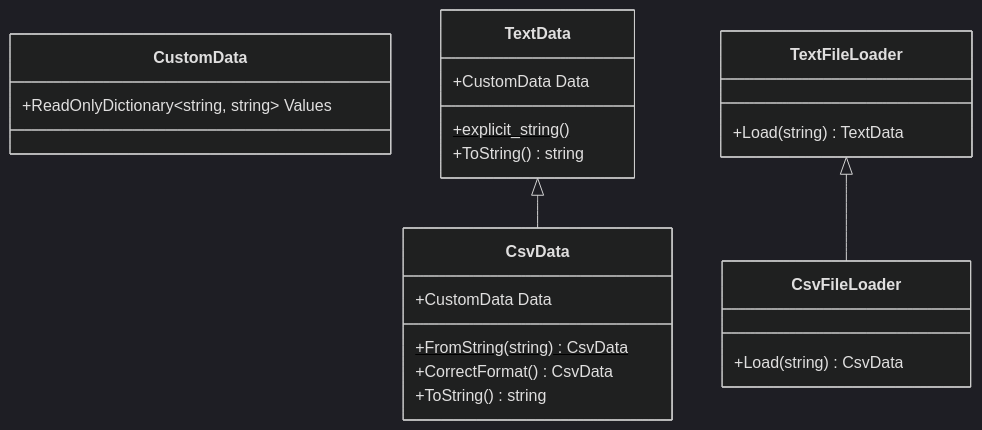
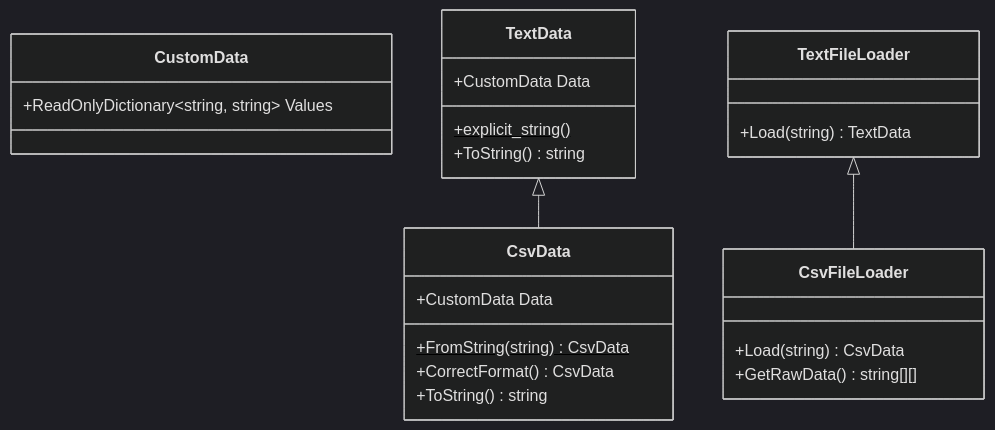
The diagram in articles/asuka-cs-1-6-subclass-method.md (kmycode/zenn-articles), drawn with Mermaid (dark theme) before and after one commit. The commit also changed other lines of this file, not shown here.

````diff
--- a/articles/asuka-cs-1-6-subclass-method.md
+++ b/articles/asuka-cs-1-6-subclass-method.md
@@ -51,25 +59,26 @@
 ```mermaid
 classDiagram
   class CustomData {
     +ReadOnlyDictionary~string, string~ Values
   }
   TextData <|-- CsvData
   TextFileLoader <|-- CsvFileLoader
   class TextData {
     +explicit_string()$
     +CustomData Data
     +ToString() string
   }
   class CsvData {
     +CustomData Data
     +FromString(string)$ CsvData
     +CorrectFormat() CsvData
     +ToString() string
   }
   class TextFileLoader {
     +Load(string) TextData
   }
   class CsvFileLoader {
     +Load(string) CsvData
+    +GetRawData() string[][]
   }
 ```
````
